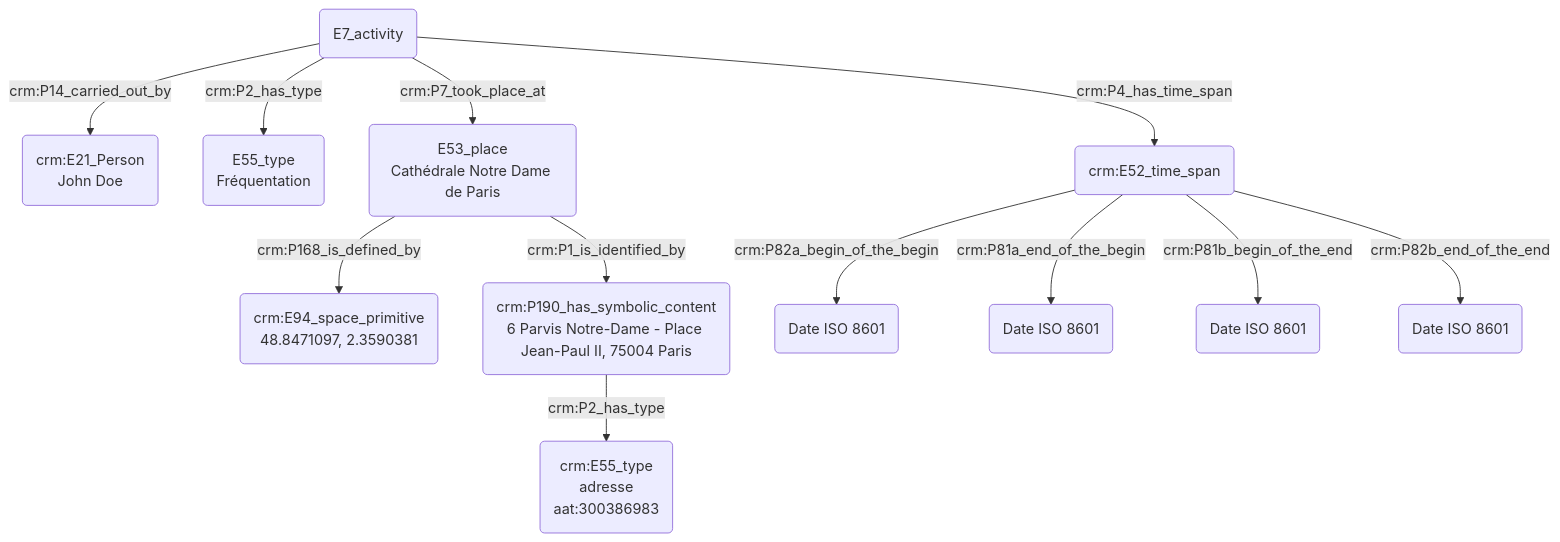
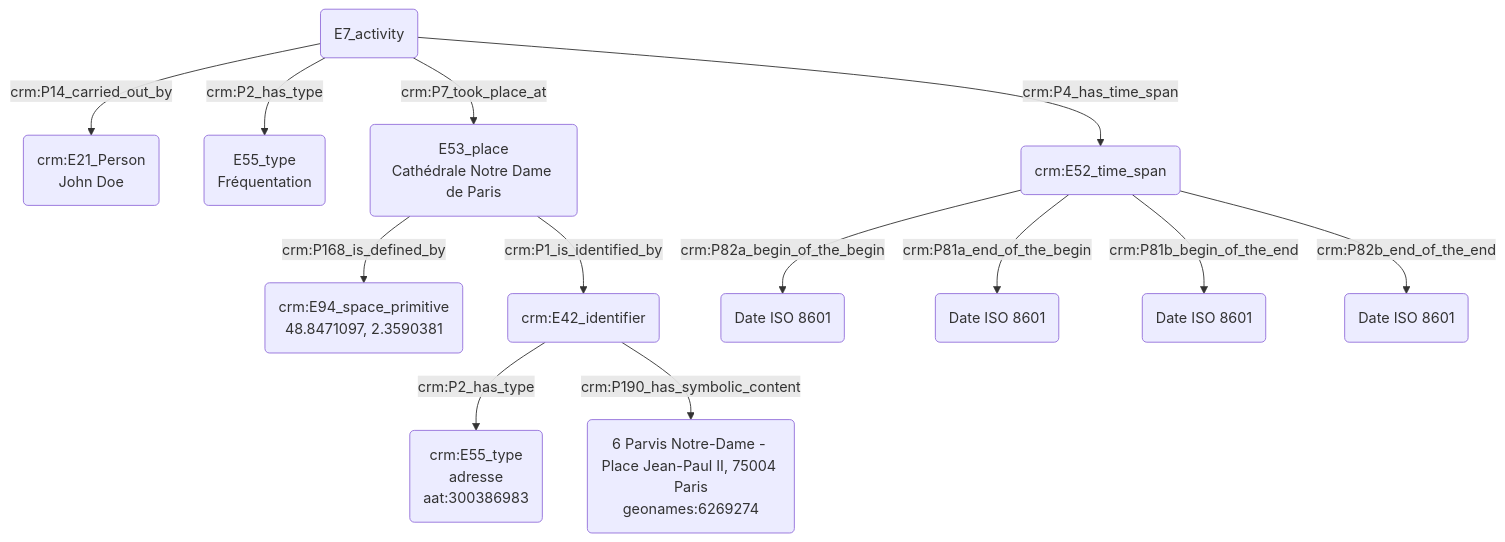
The diagram in modules/livrables/Dossier 2/Prosopographie/fréquentation d'un lieu à un instant donné.md (Amleth/consortium-musica2-gt2-ontologies), drawn with Mermaid before and after one commit.

Commit message:
Update fréquentation d'un lieu à un instant donné.md

````diff
--- a/modules/livrables/Dossier 2/Prosopographie/fréquentation d'un lieu à un instant donné.md
+++ b/modules/livrables/Dossier 2/Prosopographie/fréquentation d'un lieu à un instant donné.md
@@ -17,17 +17,18 @@
 ```mermaid
 graph TD;
 
 B(E7_activity) -->|crm:P14_carried_out_by| A("crm:E21_Person<br>John Doe")
 B(E7_activity) -->|crm:P2_has_type| C(E55_type<br>Fréquentation)
 
 B(E7_activity) -->|crm:P7_took_place_at| I(E53_place<br>Cathédrale Notre Dame de Paris)
 I(E53_place<br>Cathédrale Notre Dame de Paris) --> |crm:P168_is_defined_by| L(crm:E94_space_primitive<br>48.8471097, 2.3590381)
-I(E53_place<br>Cathédrale Notre Dame de Paris) --> |crm:P1_is_identified_by| J(crm:P190_has_symbolic_content<br>crm:P190_has_symbolic_content<br>6 Parvis Notre-Dame - Place Jean-Paul II, 75004 Paris)
-J(crm:P190_has_symbolic_content<br>6 Parvis Notre-Dame - Place Jean-Paul II, 75004 Paris) --> |crm:P2_has_type| K(crm:E55_type<br>adresse<br>aat:300386983)
+I(E53_place<br>Cathédrale Notre Dame de Paris) --> |crm:P1_is_identified_by| M(crm:E42_identifier)
+M(crm:E42_identifier) --> |crm:P2_has_type| K(crm:E55_type<br>adresse<br>aat:300386983)
+M(crm:E42_identifier) --> |crm:P190_has_symbolic_content| N(6 Parvis Notre-Dame - Place Jean-Paul II, 75004 Paris<br>geonames:6269274)
 
 B(E7_activity) --> |crm:P4_has_time_span| D(crm:E52_time_span)
 D(crm:E52_time_span) --> |crm:P82a_begin_of_the_begin| E("Date ISO 8601")
 D(crm:E52_time_span) --> |crm:P81a_end_of_the_begin| F("Date ISO 8601")
 D(crm:E52_time_span) --> |crm:P81b_begin_of_the_end|G("Date ISO 8601")
 D(crm:E52_time_span) --> |crm:P82b_end_of_the_end| H("Date ISO 8601")
 ```
````
